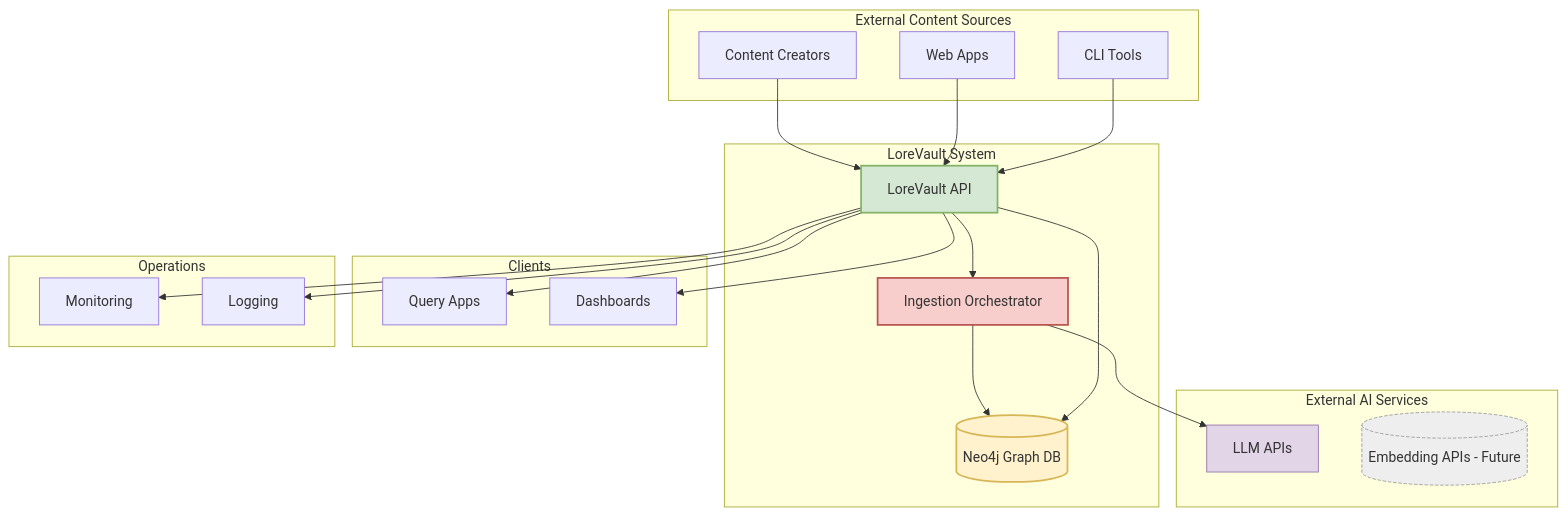
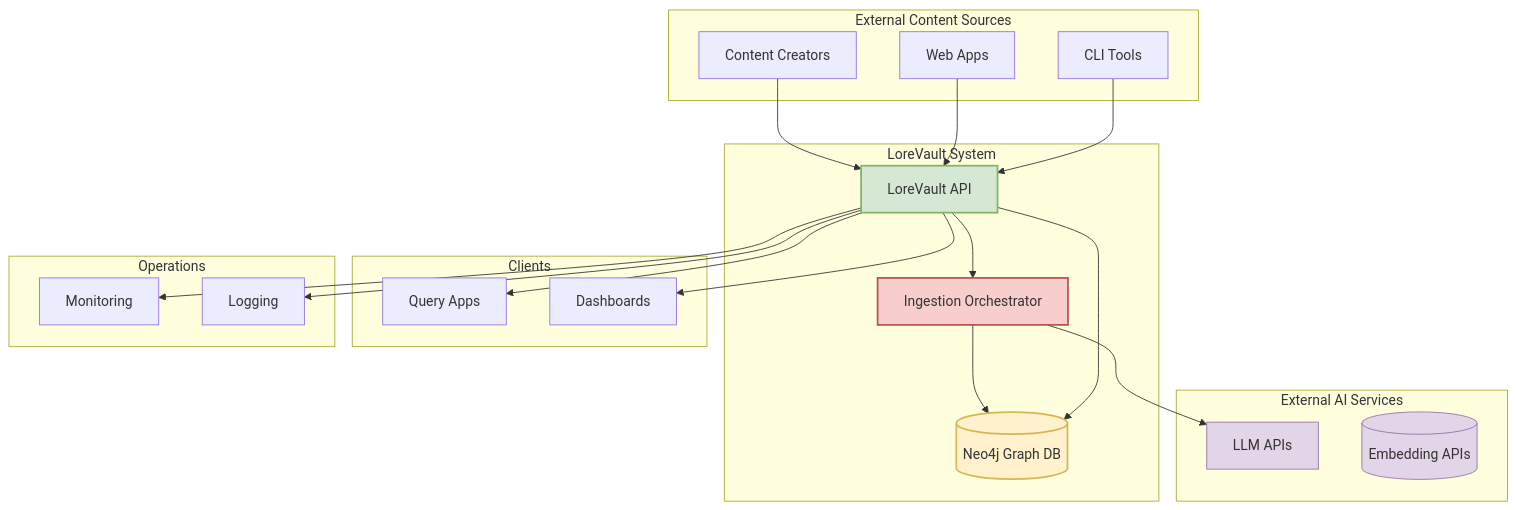
The diagram in docs/architecture/01-context-viewpoint.md (chaixdev/lorevault-kb), drawn with Mermaid before and after one commit. The commit also changed other lines of this file and 4 other files, not shown here.

Commit message:
docs: update architecture and API docs to current implementation; remove version-specific notes; fix README and Markdown formatting

````diff
--- a/docs/architecture/01-context-viewpoint.md
+++ b/docs/architecture/01-context-viewpoint.md
@@ -63,51 +66,51 @@
 ```mermaid
 graph TD
     subgraph "External Content Sources"
         CC[Content Creators]
         WEB[Web Apps]
         CLI[CLI Tools]
     end
 
     subgraph "LoreVault System"
         API[LoreVault API]
         PROC[Ingestion Orchestrator]
         GRAPH[(Neo4j Graph DB)]
     end
 
     subgraph "External AI Services"
         LLM[LLM APIs]
-        EMB[(Embedding APIs - Future)]
+        EMB[(Embedding APIs)]
     end
 
     subgraph "Clients"
         QUERY[Query Apps]
         DASH[Dashboards]
     end
 
     subgraph "Operations"
         MON[Monitoring]
         LOG[Logging]
     end
 
     CC --> API
     WEB --> API
     CLI --> API
 
     API --> PROC
     PROC --> LLM
     PROC --> GRAPH
 
     API --> GRAPH
 
     API --> QUERY
     API --> DASH
 
     API --> MON
     API --> LOG
 
     style API fill:#D5E8D4,stroke:#82B366,stroke-width:2px
     style GRAPH fill:#FFF2CC,stroke:#D6B656,stroke-width:2px
     style PROC fill:#F8CECC,stroke:#B85450,stroke-width:2px
     style LLM fill:#E1D5E7,stroke:#9673A6,stroke-width:1px
-    style EMB fill:#EEEEEE,stroke:#999999,stroke-dasharray: 4 2
+    style EMB fill:#E1D5E7,stroke:#9673A6,stroke-width:1px
 ```
````
